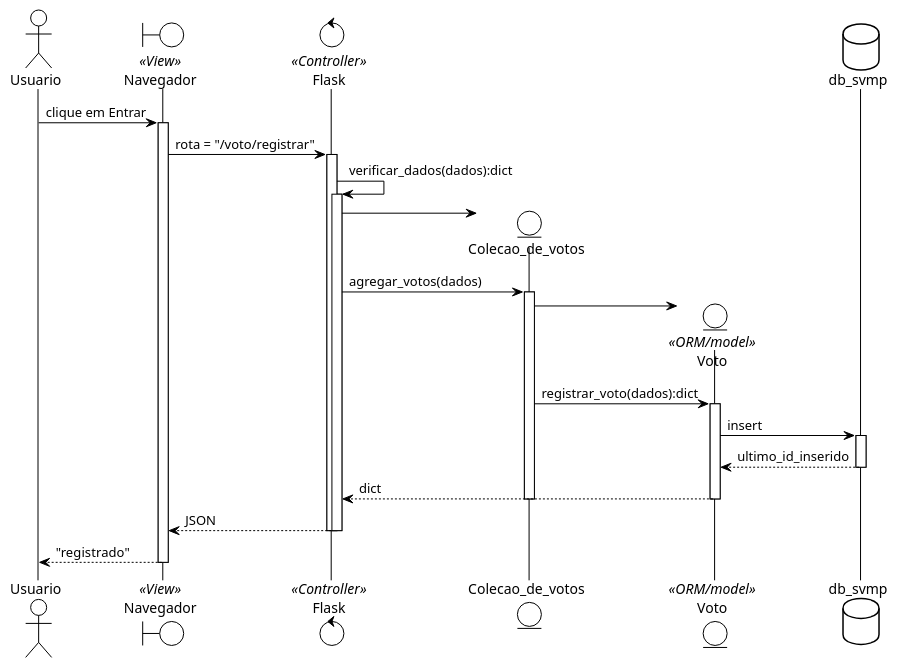
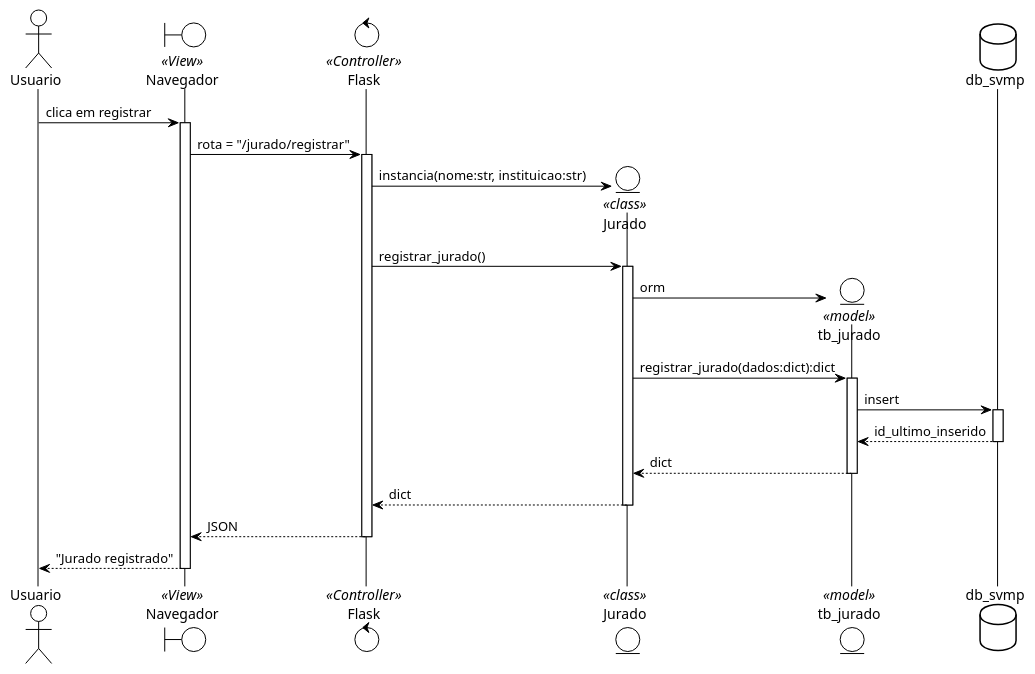
The diagram in project/UC1.plantuml (sistemainternosmecict/svmp), drawn with PlantUML before and after one commit. The commit also changed 2 other files, not shown here.

Commit message:
docs(projeto): Diagrama de sequencia uc1 e ajustes em UC5 e no diagrama de classes.

```diff
--- a/project/UC1.plantuml
+++ b/project/UC1.plantuml
@@ -1,36 +1,27 @@
 @startuml
 !theme plain
 actor Usuario as j
 boundary Navegador as br <<View>>
 control Flask as fl <<Controller>>
-entity Colecao_de_votos as cv
-entity Voto <<ORM/model>>
+entity Jurado as mj <<class>>
+entity tb_jurado as tj <<model>>
 database db_svmp as tb
 
-j -> br : clique em Entrar
+j -> br : clica em registrar
 activate br
-br -> fl : rota = "/voto/registrar"
+br -> fl : rota = "/jurado/registrar"
 activate fl
-fl -> fl : verificar_dados(dados):dict
-activate fl
-fl -> cv **
-fl -> cv : agregar_votos(dados)
-activate cv
-cv -> Voto **
-cv -> Voto : registrar_voto(dados):dict
-activate Voto
-Voto -> tb : insert
+fl -> mj ** : instancia(nome:str, instituicao:str)
+fl -> mj : registrar_jurado()
+activate mj
+mj -> tj ** : orm
+mj -> tj : registrar_jurado(dados:dict):dict
+activate tj
+tj -> tb : insert
 activate tb
-tb --> Voto : ultimo_id_inserido
-deactivate
-Voto --> fl : dict
-deactivate
-deactivate
-
-fl --> br : JSON
-deactivate fl
-deactivate fl
-br --> j : "registrado"
-deactivate br
-
+return id_ultimo_inserido
+return dict
+return dict
+return JSON
+return "Jurado registrado"
 @enduml
```
